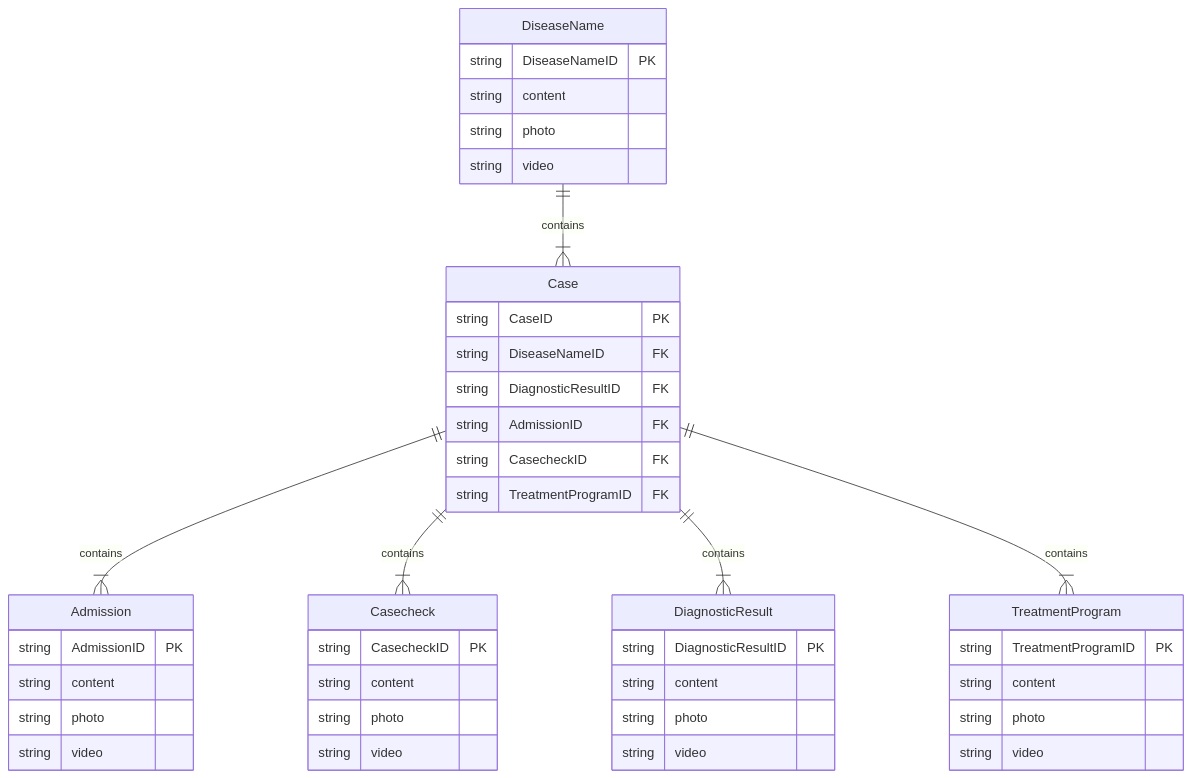
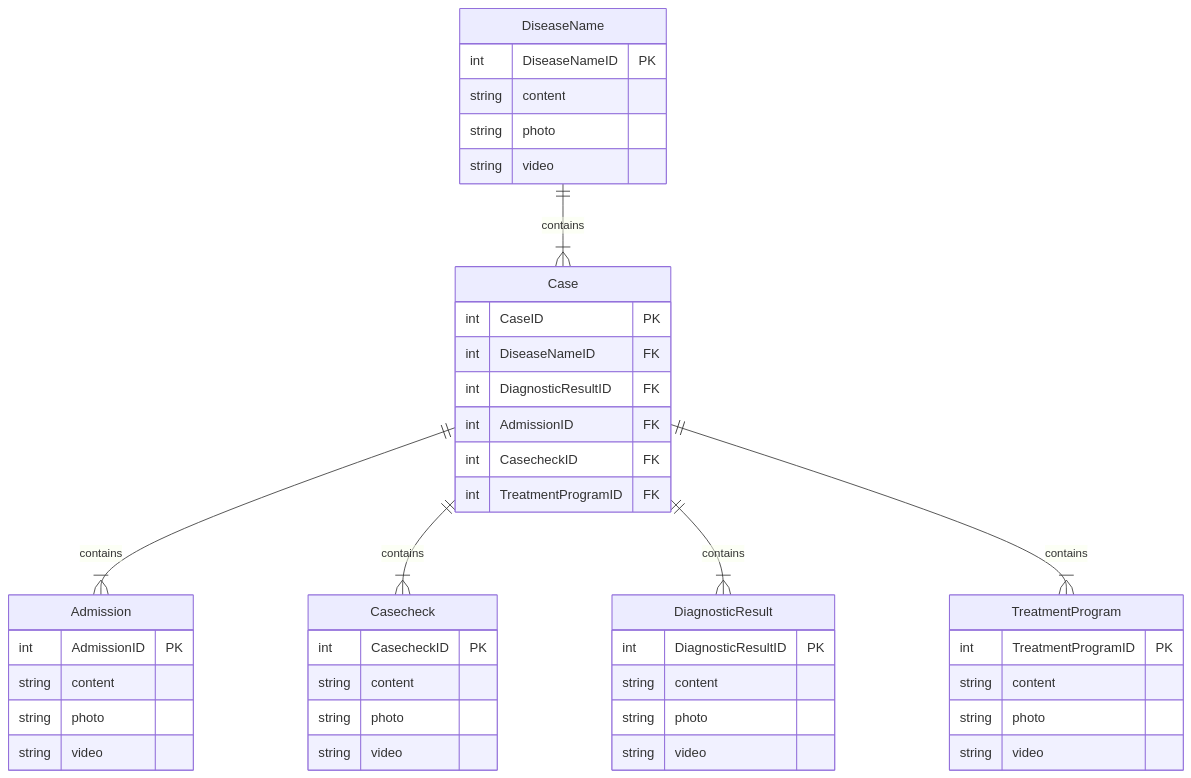
One commit to SoftwareDevelopmentPractice6/virtualPetHospital-backend changed the first of 2 diagrams in medicalRecordManagement/README.md. Above: the diagram before and after it, drawn with Mermaid. The commit also changed other lines of this file, not shown here.

````diff
--- a/medicalRecordManagement/README.md
+++ b/medicalRecordManagement/README.md
@@ -22,47 +22,47 @@
 ``` mermaid
 erDiagram
 
-	Case {
-		string CaseID PK
-		string DiseaseNameID FK
-		string DiagnosticResultID FK
-		string AdmissionID FK
-		string CasecheckID FK
-		string TreatmentProgramID FK
-	}
-	DiseaseName ||--|{ Case : contains
-	Case ||--|{ Admission : contains
-	Case ||--|{ Casecheck : contains
-	Case ||--|{ DiagnosticResult : contains
-	Case ||--|{ TreatmentProgram : contains
-	DiseaseName {
-		string DiseaseNameID PK
-		string content
-		string photo
-		string video
-	}
-	DiagnosticResult {
-		string DiagnosticResultID PK
-		string content
-		string photo
-		string video
-	}
-	Admission {
-		string AdmissionID PK
-		string content
-		string photo
-		string video
-	}
-	Casecheck {
-		string CasecheckID PK
-		string content
-		string photo
-		string video
-	}
-	TreatmentProgram {
-		string TreatmentProgramID PK
-		string content
-		string photo
-		string video
-	}
+    Case {
+        int CaseID PK
+        int DiseaseNameID FK
+        int DiagnosticResultID FK
+        int AdmissionID FK
+        int CasecheckID FK
+        int TreatmentProgramID FK
+    }
+    DiseaseName ||--|{ Case : contains
+    Case ||--|{ Admission : contains
+    Case ||--|{ Casecheck : contains
+    Case ||--|{ DiagnosticResult : contains
+    Case ||--|{ TreatmentProgram : contains
+    DiseaseName {
+        int DiseaseNameID PK
+        string content
+        string photo
+        string video
+    }
+    DiagnosticResult {
+        int DiagnosticResultID PK
+        string content
+        string photo
+        string video
+    }
+    Admission {
+        int AdmissionID PK
+        string content
+        string photo
+        string video
+    }
+    Casecheck {
+        int CasecheckID PK
+        string content
+        string photo
+        string video
+    }
+    TreatmentProgram {
+        int TreatmentProgramID PK
+        string content
+        string photo
+        string video
+    }
 ```
````
